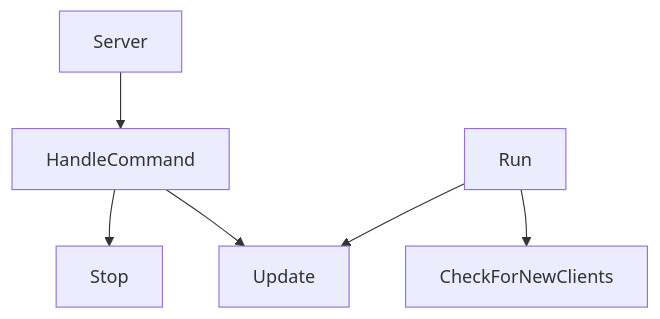
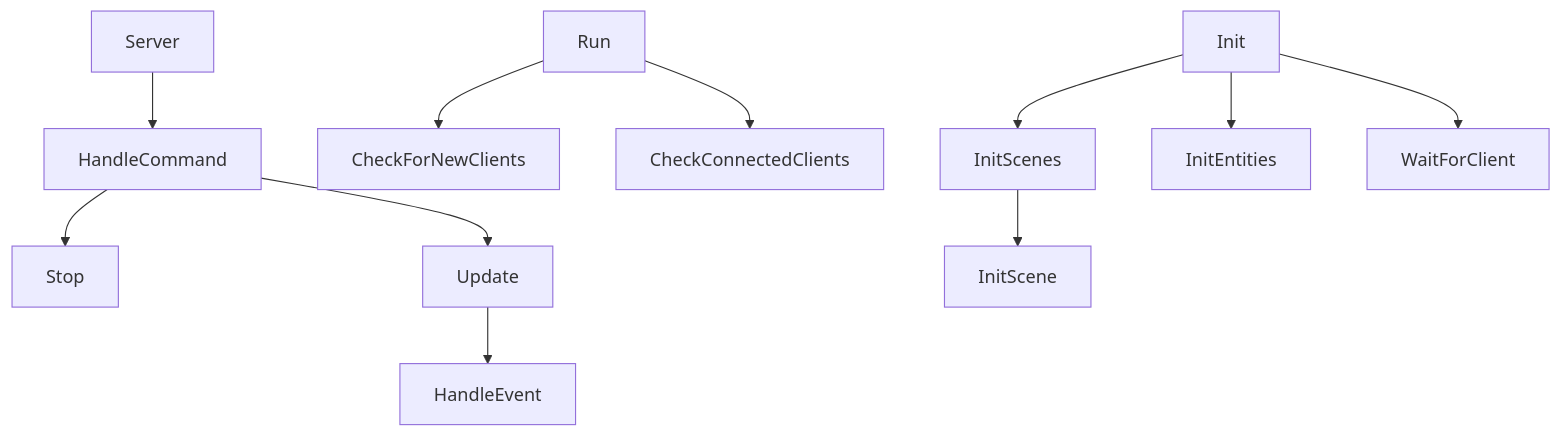
The diagram in doc/Writerside/topics/server-server.md (maelbecel/R-Type), drawn with Mermaid before and after one commit. The commit also changed other lines of this file, not shown here.

````diff
--- a/doc/Writerside/topics/server-server.md
+++ b/doc/Writerside/topics/server-server.md
@@ -7,8 +7,13 @@
 ```mermaid
 graph TD;
     Server --> HandleCommand;
     HandleCommand --> Stop;
     HandleCommand --> Update;
     Run --> CheckForNewClients;    
-    Run --> Update;    
+    Run --> CheckConnectedClients;    
+    InitScenes --> InitScene;    
+    Init --> InitScenes;
+    Init --> InitEntities;
+    Init --> WaitForClient;
+    Update --> HandleEvent;
 ```
````
